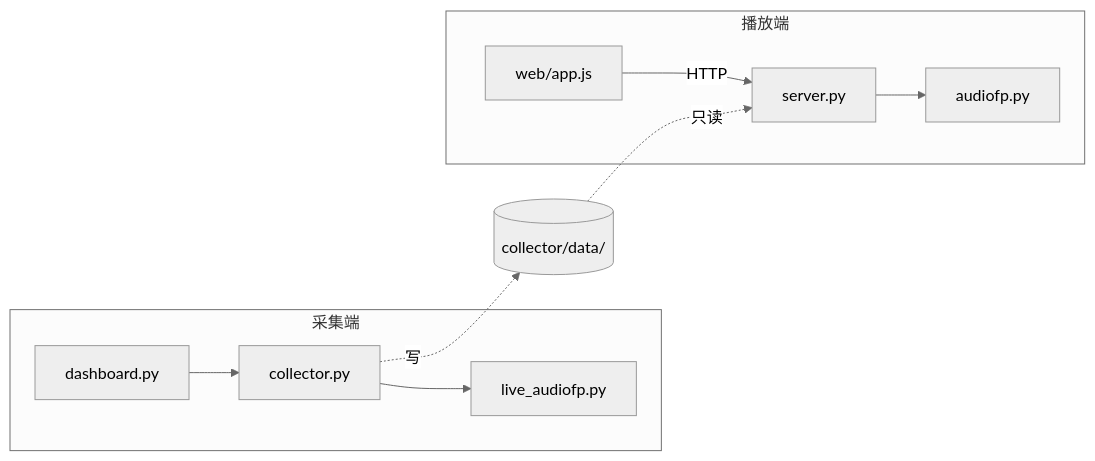
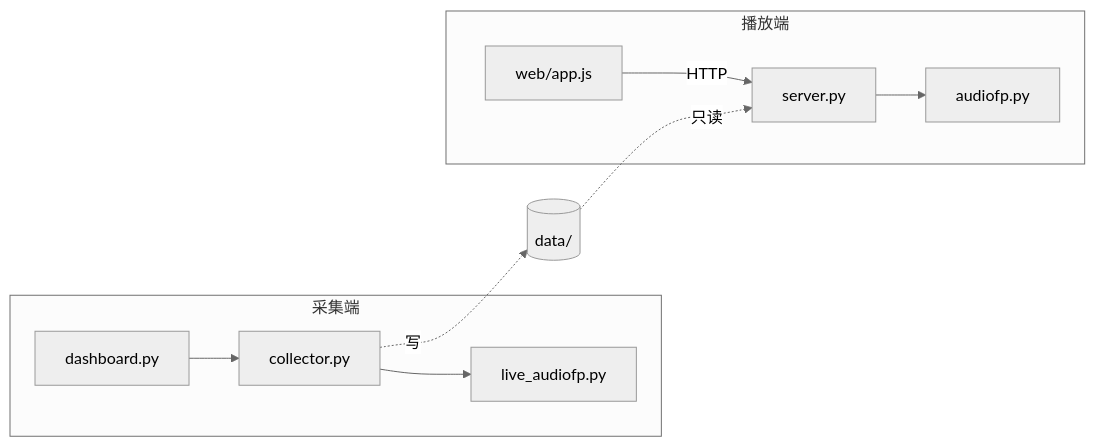
One commit to root9701/danmaku-timewarp changed the first of 2 diagrams in 架构总览.md. Above: the diagram before and after it, drawn with Mermaid (neutral theme). The commit also changed other lines of this file and 29 other files, not shown here.

````diff
--- a/架构总览.md
+++ b/架构总览.md
@@ -25,13 +25,13 @@
 ```mermaid
 flowchart LR
   subgraph 采集端
     D[dashboard.py] --> C[collector.py]
     C --> L[live_audiofp.py]
   end
   subgraph 播放端
     S[server.py] --> A[audiofp.py]
     W[web/app.js] -->|HTTP| S
   end
-  C -.写.-> FS[(collector/data/)]
+  C -.写.-> FS[(data/)]
   FS -.只读.-> S
 ```
````
